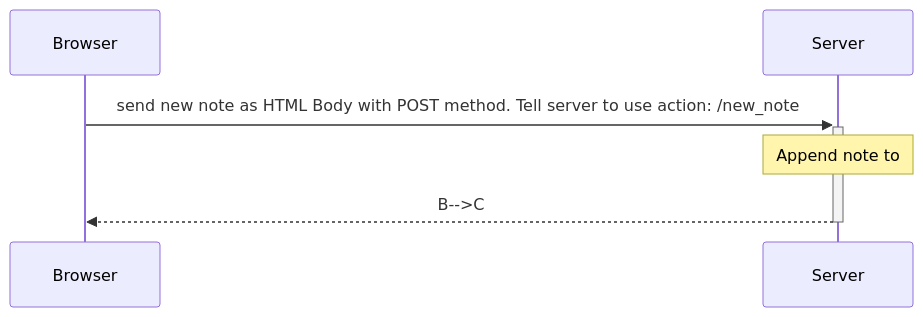
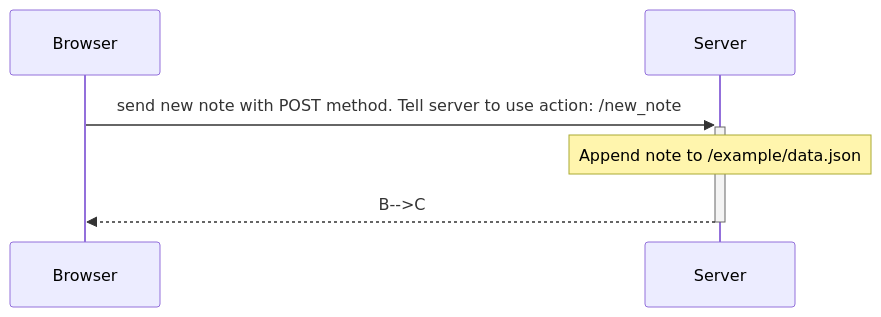
One commit to eemeli3/fullstack_tehtavat changed the diagram in osa0/osa0_tehtavat.md. Above: the diagram before and after it, drawn with Mermaid.

````diff
--- a/osa0/osa0_tehtavat.md
+++ b/osa0/osa0_tehtavat.md
@@ -1,8 +1,8 @@
 ```mermaid
 sequenceDiagram;
     participant A as Browser;
     participant B as Server;
-    A->>+B: send new note as HTML Body with POST method. Tell server to use action: /new_note;
-    Note over B: Append note to 
+    A->>+B: send new note with POST method. Tell server to use action: /new_note;
+    Note over B: Append note to /example/data.json
     B-->>-A: B-->C;
 ```
````
